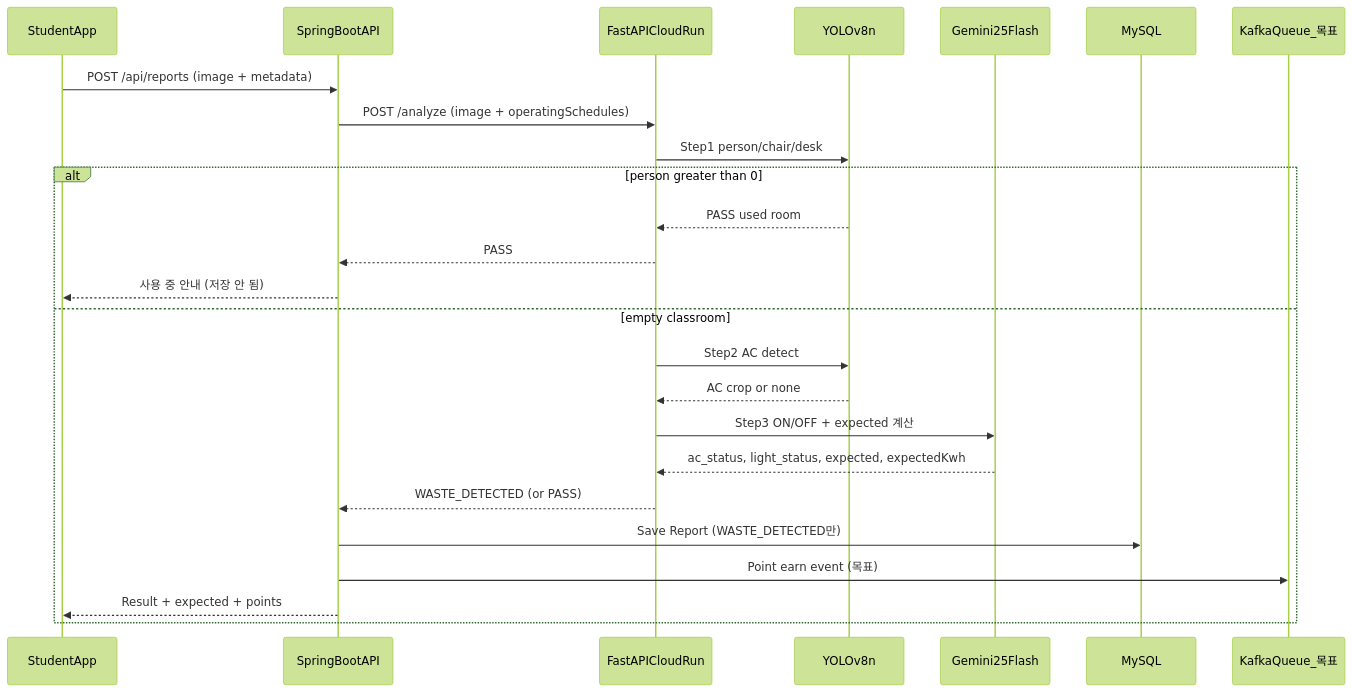
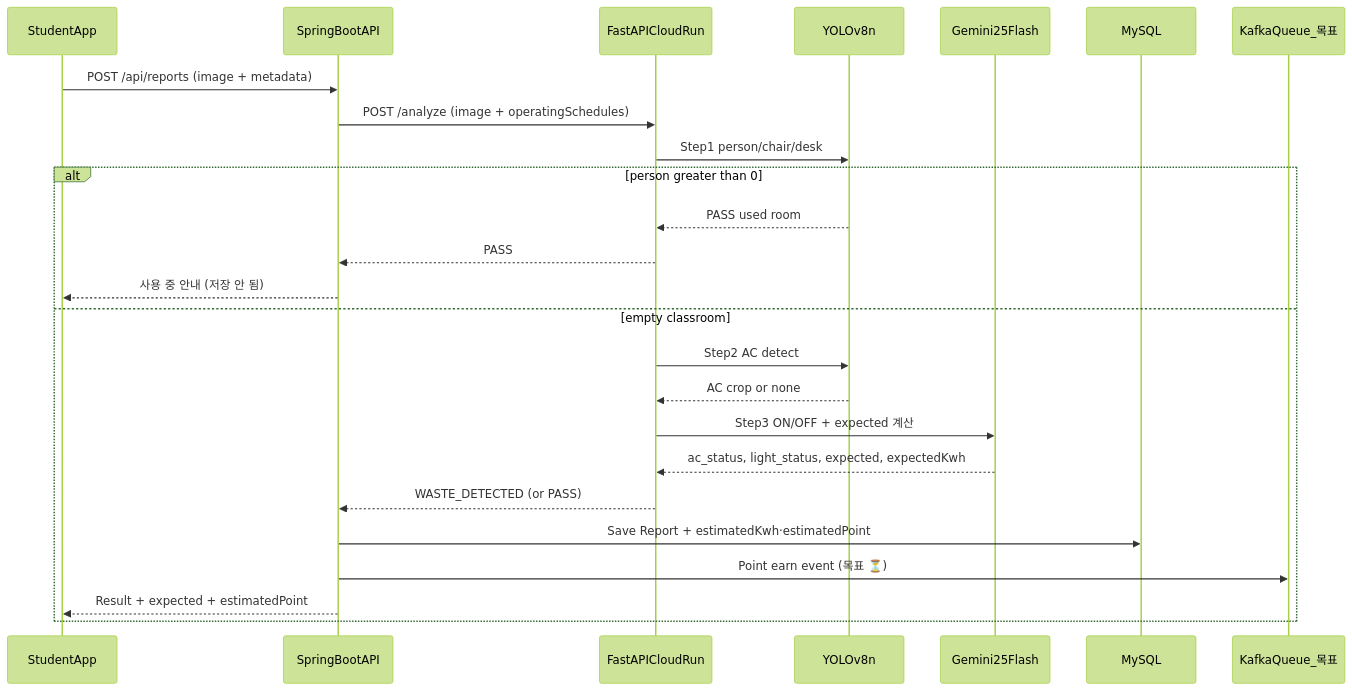
The second of 5 diagrams in docs/최종 제안서/6_시스템구조.md (ravenkim/sundry_study), drawn with Mermaid (forest theme) before and after one commit. The commit also changed other lines of this file and 7 other files, not shown here.

````diff
--- a/docs/최종 제안서/6_시스템구조.md
+++ b/docs/최종 제안서/6_시스템구조.md
@@ -89,28 +89,28 @@
 ```mermaid
 sequenceDiagram
   participant Client as StudentApp
   participant BE as SpringBootAPI
   participant AI as FastAPICloudRun
   participant YOLO as YOLOv8n
   participant Gemini as Gemini25Flash
   participant DB as MySQL
   participant Kafka as KafkaQueue_목표
 
   Client->>BE: POST /api/reports (image + metadata)
   BE->>AI: POST /analyze (image + operatingSchedules)
   AI->>YOLO: Step1 person/chair/desk
   alt person greater than 0
     YOLO-->>AI: PASS used room
     AI-->>BE: PASS
     BE-->>Client: 사용 중 안내 (저장 안 됨)
   else empty classroom
     AI->>YOLO: Step2 AC detect
     YOLO-->>AI: AC crop or none
     AI->>Gemini: Step3 ON/OFF + expected 계산
     Gemini-->>AI: ac_status, light_status, expected, expectedKwh
     AI-->>BE: WASTE_DETECTED (or PASS)
-    BE->>DB: Save Report (WASTE_DETECTED만)
-    BE->>Kafka: Point earn event (목표)
-    BE-->>Client: Result + expected + points
+    BE->>DB: Save Report + estimatedKwh·estimatedPoint
+    BE->>Kafka: Point earn event (목표 ⏳)
+    BE-->>Client: Result + expected + estimatedPoint
   end
 ```
````
